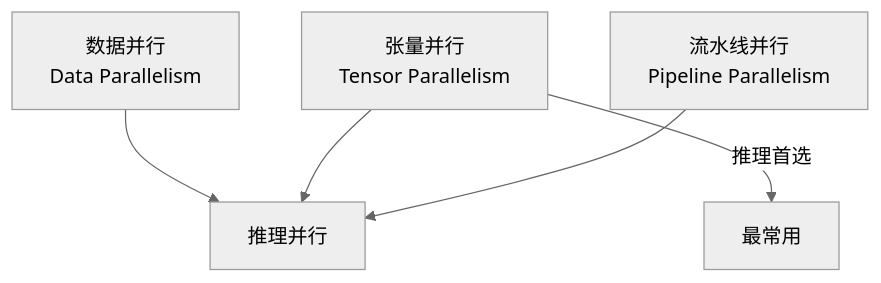
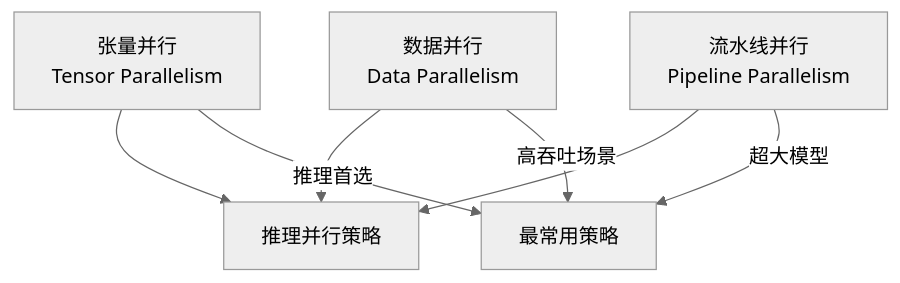
The first of 5 diagrams in learning/website/docs/basics/19-distributed-inference.md (Xunzhuo/mini-sglang), drawn with Mermaid (neutral theme) before and after one commit. The commit also changed other lines of this file and 23 other files, not shown here.

````diff
--- a/learning/website/docs/basics/19-distributed-inference.md
+++ b/learning/website/docs/basics/19-distributed-inference.md
@@ -42,8 +54,10 @@
 ```mermaid
 graph TB
-    DP[数据并行<br>Data Parallelism] --> Inference[推理并行]
+    DP[数据并行<br>Data Parallelism] --> Inference[推理并行策略]
     TP[张量并行<br>Tensor Parallelism] --> Inference
     PP[流水线并行<br>Pipeline Parallelism] --> Inference
     
-    TP --> |推理首选| Best[最常用]
+    TP --> |推理首选| Best[最常用策略]
+    PP --> |超大模型| Best
+    DP --> |高吞吐场景| Best
 ```
````
